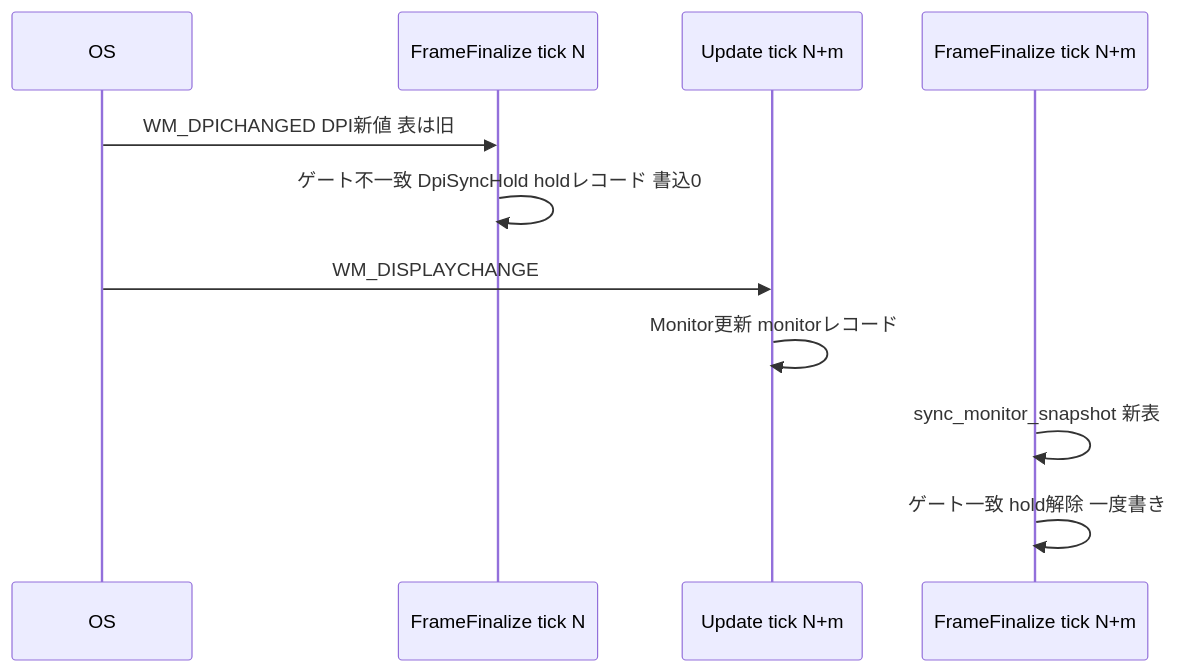
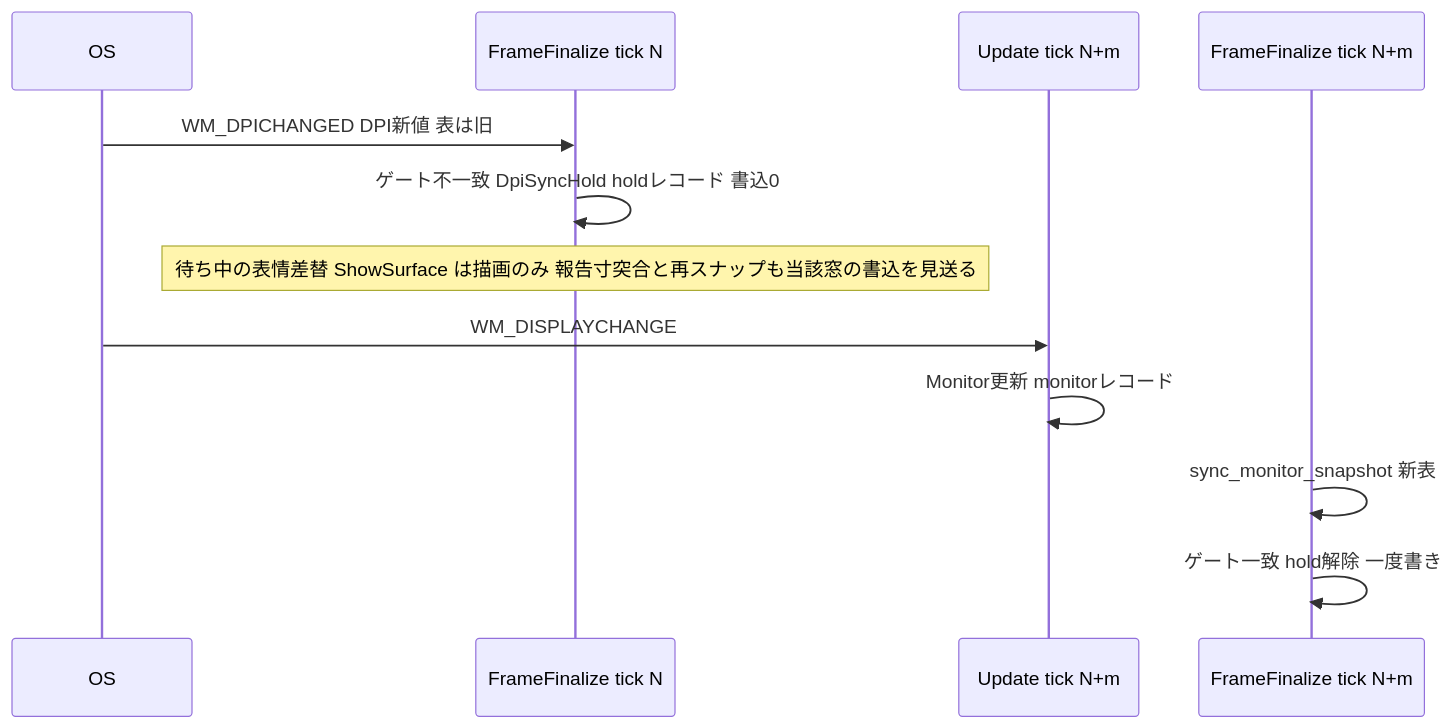
One commit to ekicyou/areka changed the third of 4 diagrams in .kiro/specs/areka-P0-dpi-transition-atomicity/design.md. Above: the diagram before and after it, drawn with Mermaid. The commit also changed other lines of this file, not shown here.

````diff
--- a/.kiro/specs/areka-P0-dpi-transition-atomicity/design.md
+++ b/.kiro/specs/areka-P0-dpi-transition-atomicity/design.md
@@ -263,13 +263,14 @@
 ```mermaid
 sequenceDiagram
     participant OS
     participant FF as FrameFinalize tick N
     participant Upd as Update tick N+m
     participant FF2 as FrameFinalize tick N+m
     OS->>FF: WM_DPICHANGED DPI新値 表は旧
     FF->>FF: ゲート不一致 DpiSyncHold holdレコード 書込0
+    Note over FF: 待ち中の表情差替 ShowSurface は描画のみ 報告寸突合と再スナップも当該窓の書込を見送る
     OS->>Upd: WM_DISPLAYCHANGE
     Upd->>Upd: Monitor更新 monitorレコード
     FF2->>FF2: sync_monitor_snapshot 新表
     FF2->>FF2: ゲート一致 hold解除 一度書き
 ```
````
